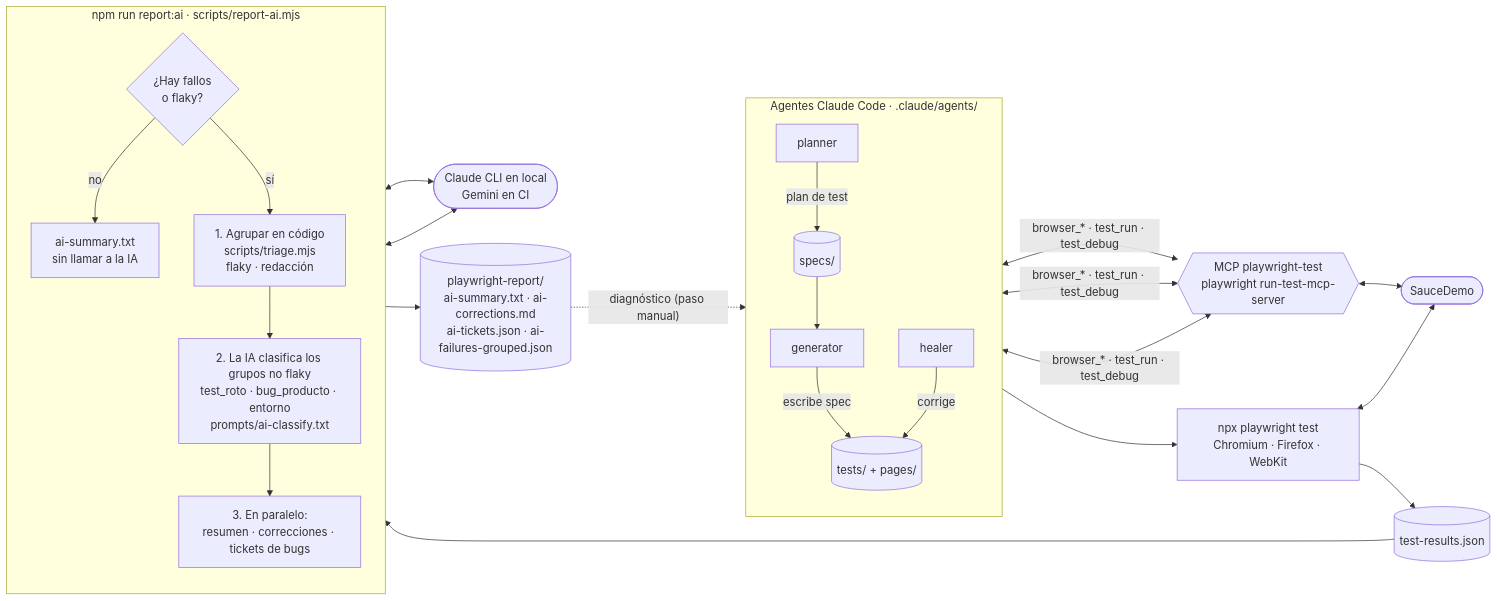
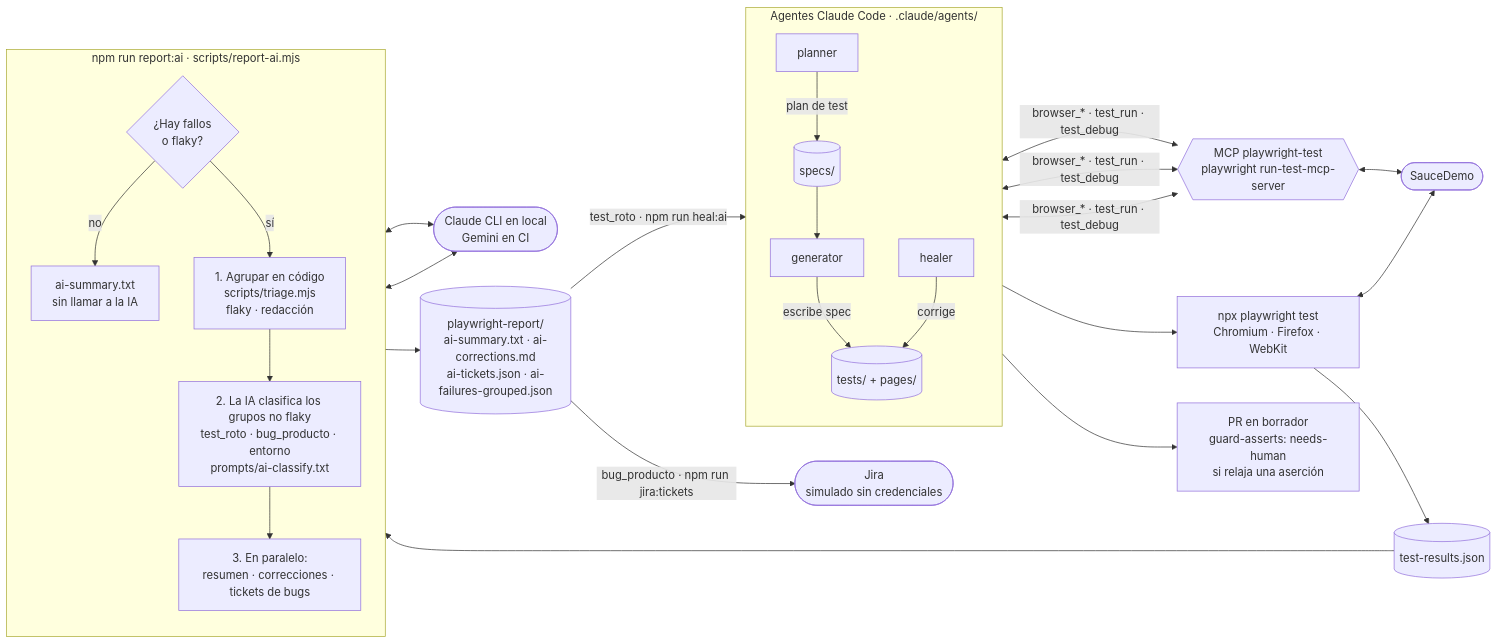
The first of 2 diagrams in README.md (StoneFly365/playwright-demo-ia-mcp), drawn with Mermaid before and after one commit. The commit also changed other lines of this file and 13 other files, not shown here.

First line of the commit message:
feat: cerrar el circuito con healer, tickets de Jira y revisión de Playwright

````diff
--- a/README.md
+++ b/README.md
@@ -22,34 +23,36 @@
 ```mermaid
 flowchart LR
     APP(["SauceDemo"])
 
     subgraph AGENTS ["Agentes Claude Code · .claude/agents/"]
         direction TB
         P["planner"] -->|"plan de test"| SP[("specs/")]
         SP --> G["generator"]
         G -->|"escribe spec"| T[("tests/ + pages/")]
         H["healer"] -->|"corrige"| T
     end
 
     MCP{{"MCP playwright-test<br/>playwright run-test-mcp-server"}}
     P & G & H <-->|"browser_* · test_run · test_debug"| MCP
     MCP <--> APP
 
     T --> RUN["npx playwright test<br/>Chromium · Firefox · WebKit"]
     RUN <--> APP
     RUN --> JSON[("test-results.json")]
 
     subgraph AI ["npm run report:ai · scripts/report-ai.mjs"]
         direction TB
         CHK{"¿Hay fallos<br/>o flaky?"} -->|"no"| OK["ai-summary.txt<br/>sin llamar a la IA"]
         CHK -->|"sí"| GR["1. Agrupar en código<br/>scripts/triage.mjs<br/>flaky · redacción"]
         GR --> CL["2. La IA clasifica los grupos no flaky<br/>test_roto · bug_producto · entorno<br/>prompts/ai-classify.txt"]
         CL --> PAR["3. En paralelo:<br/>resumen · correcciones · tickets de bugs"]
     end
 
     JSON --> CHK
     LLM(["Claude CLI en local<br/>Gemini en CI"])
     CL & PAR <--> LLM
     PAR --> OUT[("playwright-report/<br/>ai-summary.txt · ai-corrections.md<br/>ai-tickets.json · ai-failures-grouped.json")]
-    OUT -.->|"diagnóstico (paso manual)"| H
+    OUT -->|"test_roto · npm run heal:ai"| H
+    H --> PR["PR en borrador<br/>guard-asserts: needs-human<br/>si relaja una aserción"]
+    OUT -->|"bug_producto · npm run jira:tickets"| JIRA(["Jira<br/>simulado sin credenciales"])
 ```
````
